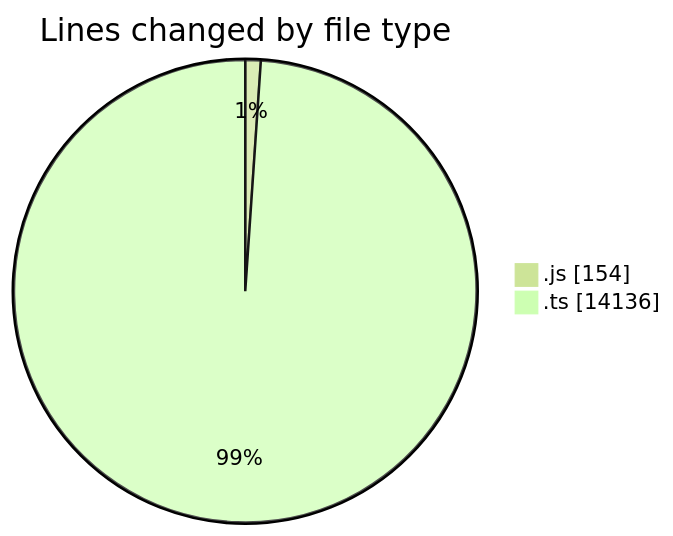
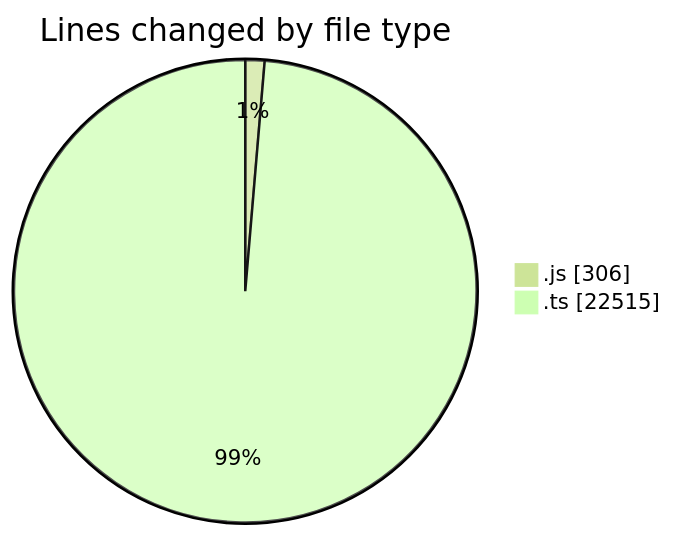
One commit to momahboobian/code-tracking changed the first of 2 diagrams in 2025-05-27/cda/README.md. Above: the diagram before and after it, drawn with Mermaid (forest theme). The commit also changed other lines of this file and 1 other file, not shown here.

````diff
--- a/2025-05-27/cda/README.md
+++ b/2025-05-27/cda/README.md
@@ -25,6 +27,6 @@
 ```mermaid
 pie showData
 title Lines changed by file type
-".js" : 154
-".ts" : 14136
+".js" : 306
+".ts" : 22515
 ```
````
